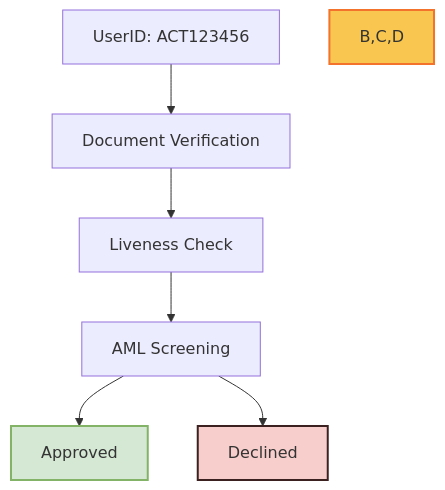
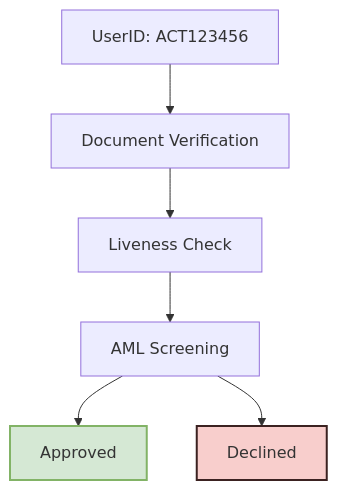
Before and after one commit to Fantastic-Devs/Mintlify: the diagram in id/id.mdx, drawn with Mermaid.

````diff
--- a/id/id.mdx
+++ b/id/id.mdx
@@ -17,19 +17,18 @@
 ```mermaid
 
 graph TB;
     A["UserID: ACT123456"];
     B["Document Verification"];
     C["Liveness Check"];
     D["AML Screening"];
     E["Approved"];
     F["Declined"];
     A--> B;
     B--> C;
     C--> D;
     D--> E & F;
 
-style B,C,D fill:#f9c74f,stroke:#f3722c,stroke-width:2px
 style E fill:#d5e8d4,stroke:#82b366,stroke-width:2px
 style F fill:#f8cecc,stroke:#3b2221,stroke-width:2px
 
 ```
````
